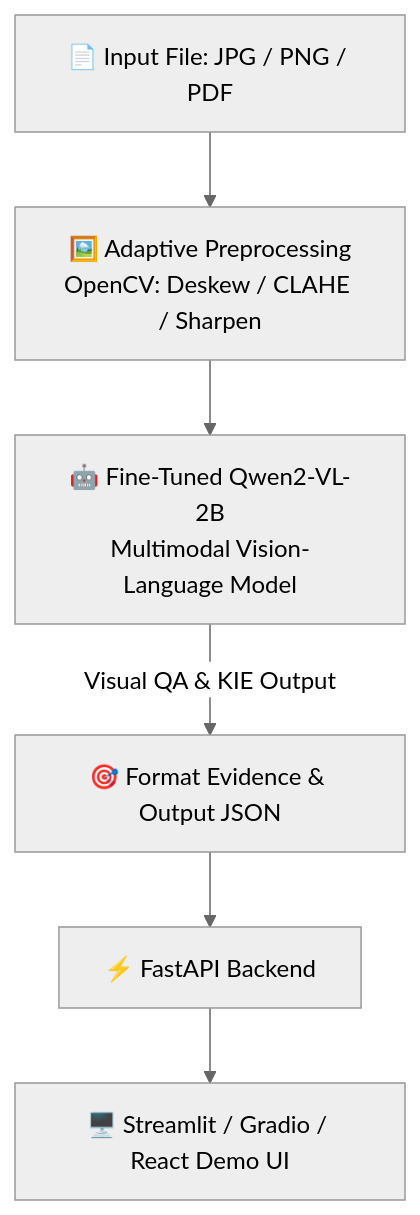
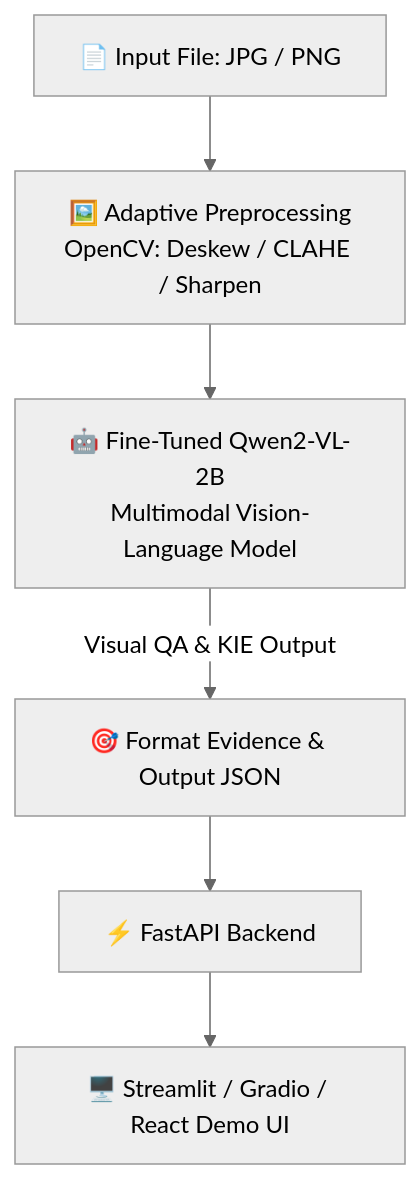
One commit to nbquoclong-bit/Document-Visual-Question-Answering-System changed the diagram in README.md. Above: the diagram before and after it, drawn with Mermaid (neutral theme).

````diff
--- a/README.md
+++ b/README.md
@@ -35,9 +35,9 @@
 ```mermaid
 flowchart TD
-    A[📄 Input File: JPG / PNG / PDF] --> B[🖼️ Adaptive Preprocessing\nOpenCV: Deskew / CLAHE / Sharpen]
+    A[📄 Input File: JPG / PNG] --> B[🖼️ Adaptive Preprocessing\nOpenCV: Deskew / CLAHE / Sharpen]
     B --> C[🤖 Fine-Tuned Qwen2-VL-2B\nMultimodal Vision-Language Model]
     
     C -->|Visual QA & KIE Output| D[🎯 Format Evidence & Output JSON]
     D --> E[⚡ FastAPI Backend]
     E --> F[🖥️ Streamlit / Gradio / React Demo UI]
 ```
````
